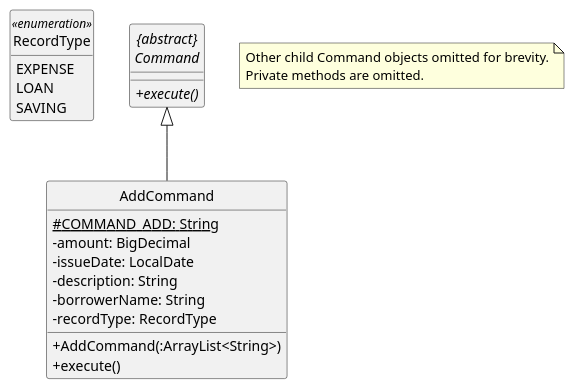
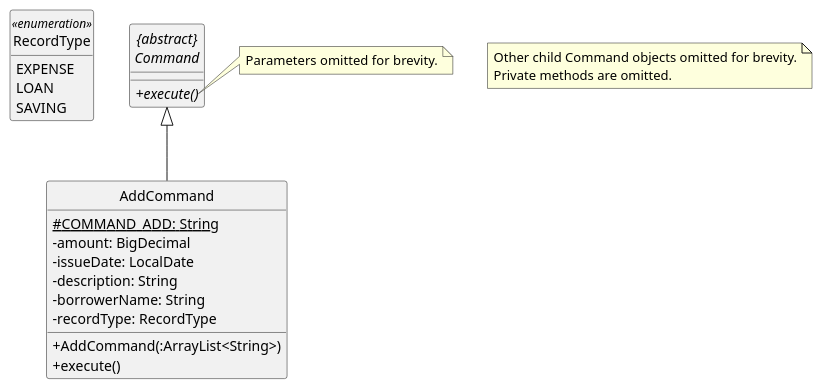
One commit to nus-cs2113-AY2021S2/tp changed the diagram in docs/diagrams/CommandClassDiagram.puml. Above: the diagram before and after it, drawn with PlantUML. The commit also changed 12 other files, not shown here.

Commit message:
Add and update diagrams and descriptions to DG

```diff
--- a/docs/diagrams/CommandClassDiagram.puml
+++ b/docs/diagrams/CommandClassDiagram.puml
@@ -1,35 +1,37 @@
 @startuml
 skinparam classAttributeIconSize 0
 hide circle
-
-note "Other child Command objects omitted for brevity.\nPrivate methods are omitted." as N1
 
 abstract class "{abstract}\nCommand" as Command {
     {abstract} +execute()
 }
 
 enum RecordType <<enumeration>> {
     EXPENSE
     LOAN
     SAVING
 }
 
 class AddCommand {
     {static} #COMMAND_ADD: String
     -amount: BigDecimal
     -issueDate: LocalDate
     -description: String
     -borrowerName: String
     -recordType: RecordType
     +AddCommand(:ArrayList<String>)
     +execute()
 }
 
-skinparam linetype polyline
+note right of Command::execute
+    Parameters omitted for brevity.
+end note
 
 Command <|-- AddCommand
 
 hide RecordType empty members
 Command -left[hidden] RecordType
 
+note "Other child Command objects omitted for brevity.\nPrivate methods are omitted." as N1
+
 @enduml
```
